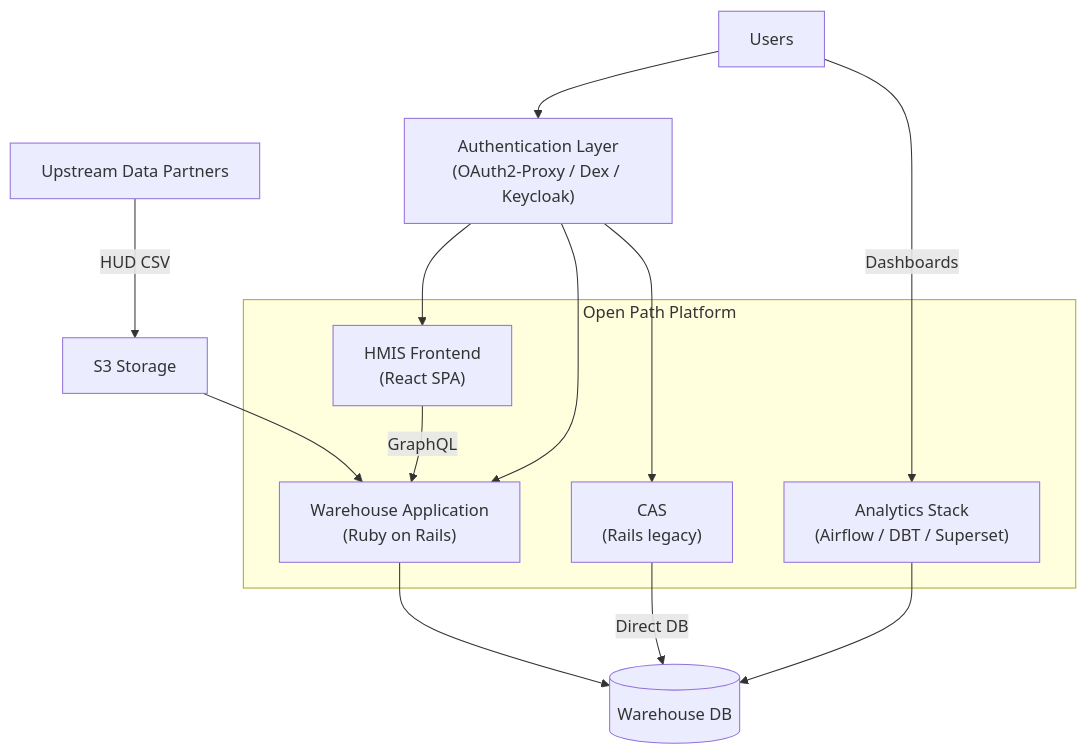
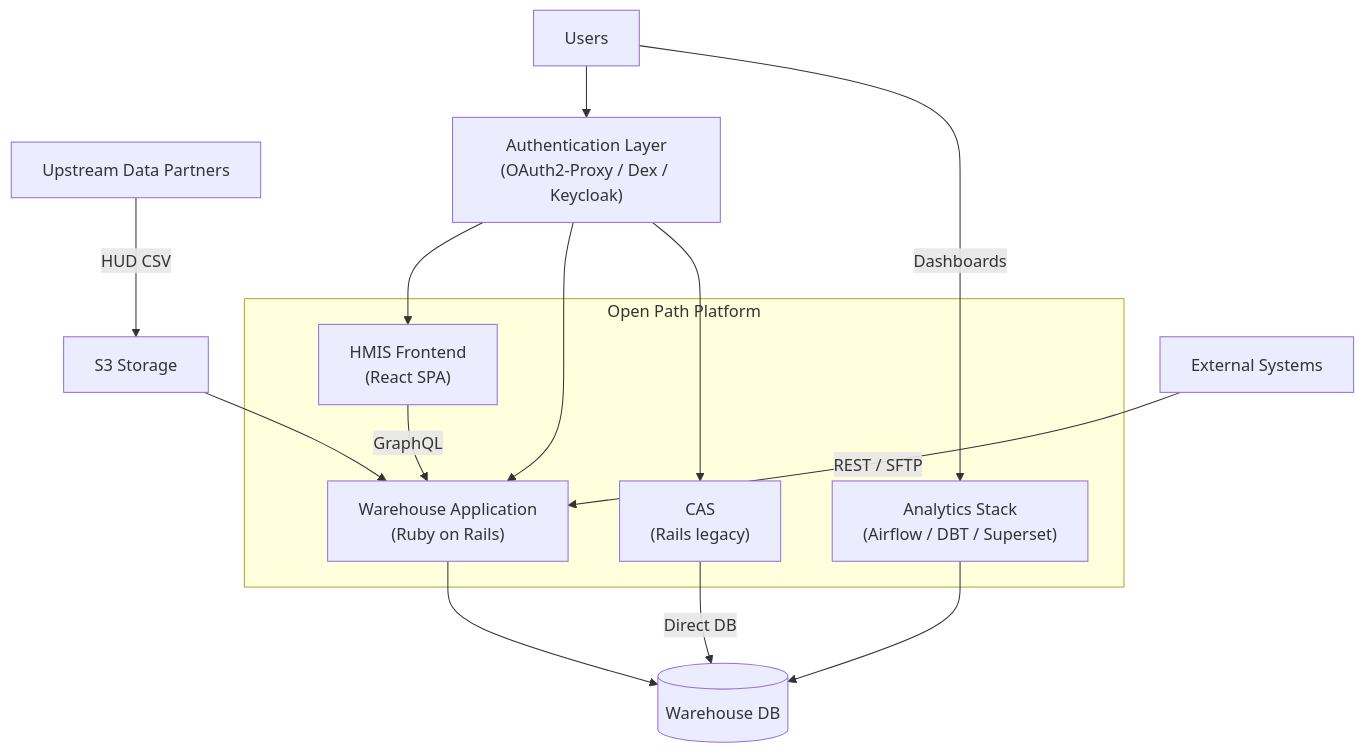
The diagram in docs/architecture/05-building-blocks/05-0-building-blocks.md (greenriver/hmis-warehouse), drawn with Mermaid before and after one commit. The commit also changed other lines of this file and 21 other files, not shown here.

````diff
--- a/docs/architecture/05-building-blocks/05-0-building-blocks.md
+++ b/docs/architecture/05-building-blocks/05-0-building-blocks.md
@@ -9,25 +9,26 @@
 ```mermaid
 flowchart TB
     USERS["Users"]
     UPSTREAM["Upstream Data Partners"]
 
     SSO["Authentication Layer\n(OAuth2-Proxy / Dex / Keycloak)"]
 
     subgraph platform ["Open Path Platform"]
         HMIS_FE["HMIS Frontend\n(React SPA)"]
         WAREHOUSE["Warehouse Application\n(Ruby on Rails)"]
         CAS["CAS\n(Rails legacy)"]
         ANALYTICS["Analytics Stack\n(Airflow / DBT / Superset)"]
     end
 
     WAREHOUSE_DB[("Warehouse DB")]
     S3["S3 Storage"]
 
     USERS --> SSO --> HMIS_FE & WAREHOUSE & CAS
     USERS -- "Dashboards" --> ANALYTICS
     HMIS_FE -- "GraphQL" --> WAREHOUSE
+    EXT["External Systems"] -- "REST / SFTP" --> WAREHOUSE
     WAREHOUSE --> WAREHOUSE_DB
     CAS -- "Direct DB" --> WAREHOUSE_DB
     UPSTREAM -- "HUD CSV" --> S3 --> WAREHOUSE
     ANALYTICS --> WAREHOUSE_DB
 ```
````
